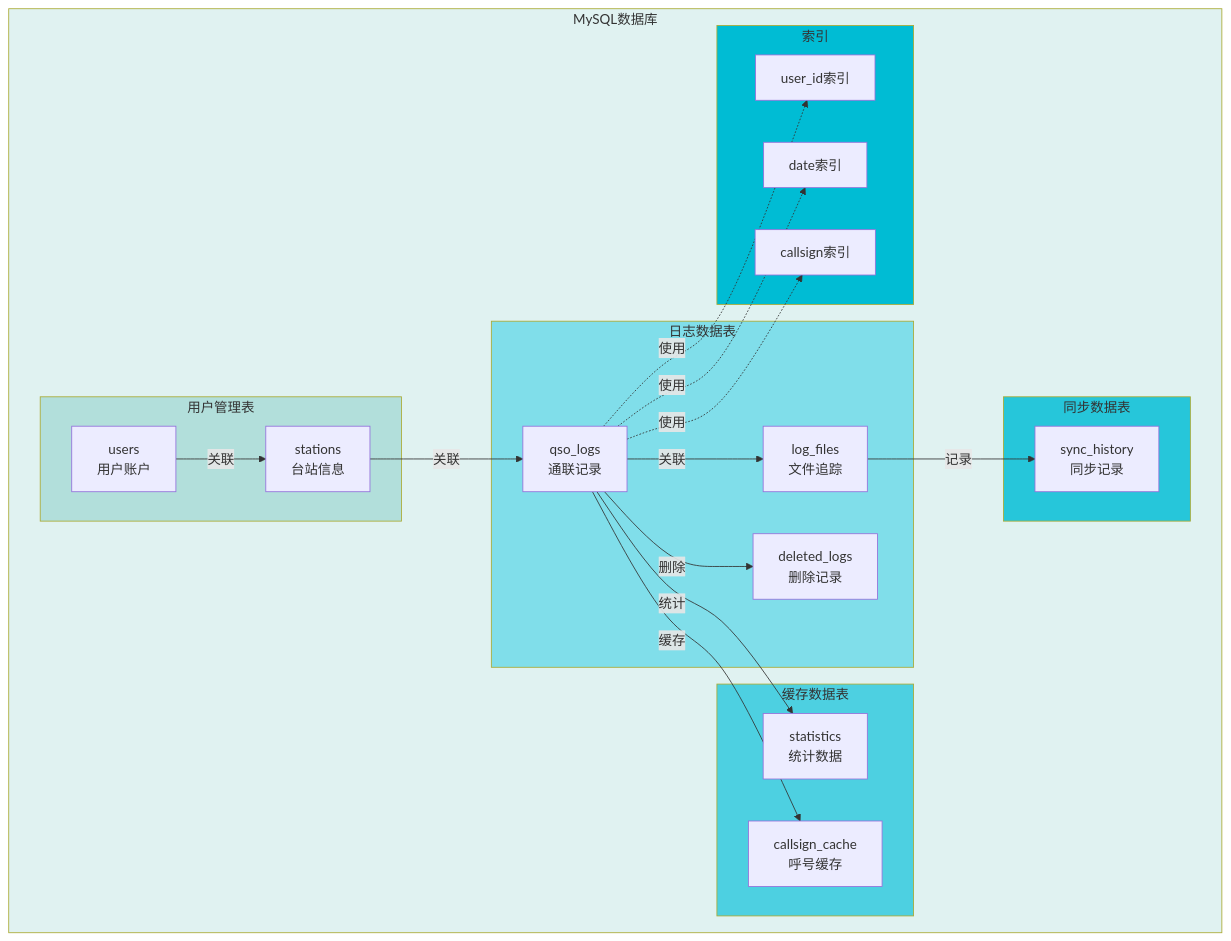
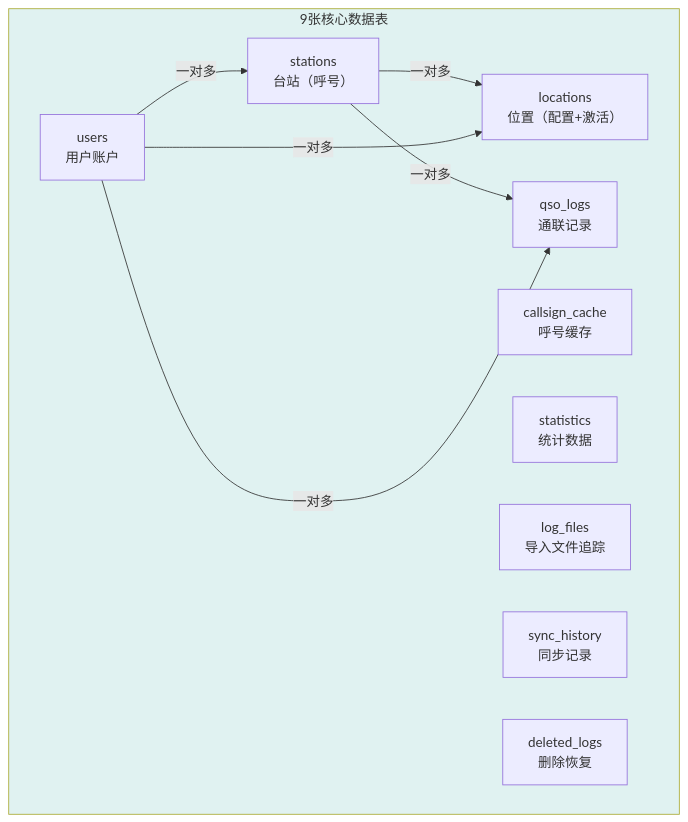
Before and after one commit to NanamiKite/radioManger: the seventh of 13 diagrams in doc/07_系统架构图.md, drawn with Mermaid. The commit also changed other lines of this file and 83 other files, not shown here.

````diff
--- a/doc/07_系统架构图.md
+++ b/doc/07_系统架构图.md
@@ -279,49 +170,22 @@
 ```mermaid
 graph TB
-    subgraph Database["MySQL数据库"]
-        subgraph UserMgmt["用户管理表"]
-            Users["users<br/>用户账户"]
-            Stations["stations<br/>台站信息"]
-        end
-        
-        subgraph LogData["日志数据表"]
-            QSOLogs["qso_logs<br/>通联记录"]
-            LogFiles["log_files<br/>文件追踪"]
-            DeletedLogs["deleted_logs<br/>删除记录"]
-        end
-        
-        subgraph Cache["缓存数据表"]
-            CallsignCache["callsign_cache<br/>呼号缓存"]
-            Statistics["statistics<br/>统计数据"]
-        end
-        
-        subgraph Sync["同步数据表"]
-            SyncHistory["sync_history<br/>同步记录"]
-        end
-        
-        subgraph Indices["索引"]
-            UserIdx["user_id索引"]
-            DateIdx["date索引"]
-            CallIdx["callsign索引"]
-        end
+    subgraph DB["9张核心数据表"]
+        User["users<br/>用户账户"]
+        Station["stations<br/>台站（呼号）"]
+        Location["locations<br/>位置（配置+激活）"]
+        Log["qso_logs<br/>通联记录"]
+        Cache["callsign_cache<br/>呼号缓存"]
+        Stats["statistics<br/>统计数据"]
+        LogFile["log_files<br/>导入文件追踪"]
+        Sync["sync_history<br/>同步记录"]
+        DelLog["deleted_logs<br/>删除恢复"]
     end
-    
-    Users -->|关联| Stations
-    Stations -->|关联| QSOLogs
-    QSOLogs -->|关联| LogFiles
-    QSOLogs -->|统计| Statistics
-    QSOLogs -->|删除| DeletedLogs
-    LogFiles -->|记录| SyncHistory
-    QSOLogs -->|缓存| CallsignCache
-    
-    QSOLogs -.->|使用| UserIdx
-    QSOLogs -.->|使用| DateIdx
-    QSOLogs -.->|使用| CallIdx
-    
-    style Database fill:#e0f2f1
-    style UserMgmt fill:#b2dfdb
-    style LogData fill:#80deea
-    style Cache fill:#4dd0e1
-    style Sync fill:#26c6da
-    style Indices fill:#00bcd4
+
+    User -->|一对多| Station
+    Station -->|一对多| Location
+    User -->|一对多| Location
+    Station -->|一对多| Log
+    User -->|一对多| Log
+
+    style DB fill:#e0f2f1
 ```
````
